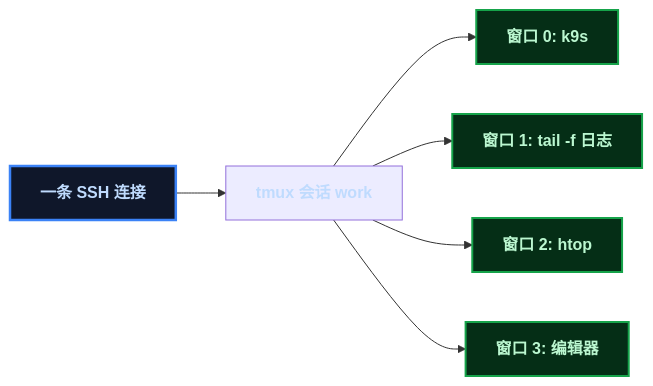
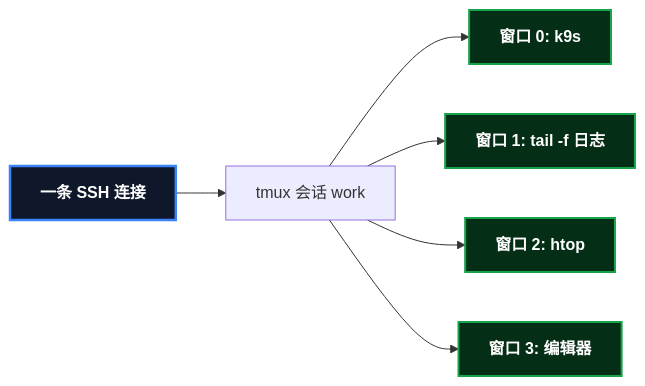
Before and after one commit to yaocat55/yaocat55.github.io: the second of 2 diagrams in content/posts/linux/TmuxTerminalMultiplexer.md, drawn with Mermaid. The commit also changed other lines of this file and 27 other files, not shown here.

Commit message:
docs: 全系列 93 张 Mermaid 图 classDef 改为 style 强制深底白字(修复部分渲染器白底浅字)+历史文件格式清理

````diff
--- a/content/posts/linux/TmuxTerminalMultiplexer.md
+++ b/content/posts/linux/TmuxTerminalMultiplexer.md
@@ -252,23 +252,22 @@
 ```mermaid
 %% 实战: 一个 SSH 连接内的多窗口布局
 flowchart LR
-    classDef root fill:#0f172a,stroke:#3b82f6,stroke-width:2.5px,color:#bfdbfe,font-weight:bold;
-    classDef data fill:#052e16,stroke:#16a34a,stroke-width:2px,color:#bbf7d0,font-weight:bold;
 
     SSH["一条 SSH 连接"]
     S["tmux 会话 work"]
     W0["窗口 0: k9s"]
     W1["窗口 1: tail -f 日志"]
     W2["窗口 2: htop"]
     W3["窗口 3: 编辑器"]
 
     SSH --> S
     S --> W0
     S --> W1
     S --> W2
     S --> W3
-
-    class SSH root;
-    class S process;
-    class W0,W1,W2,W3 data;
+    style SSH fill:#0f172a,stroke:#3b82f6,stroke-width:2.5px,color:#ffffff,font-weight:bold
+    style W0 fill:#052e16,stroke:#16a34a,stroke-width:2px,color:#ffffff,font-weight:bold
+    style W1 fill:#052e16,stroke:#16a34a,stroke-width:2px,color:#ffffff,font-weight:bold
+    style W2 fill:#052e16,stroke:#16a34a,stroke-width:2px,color:#ffffff,font-weight:bold
+    style W3 fill:#052e16,stroke:#16a34a,stroke-width:2px,color:#ffffff,font-weight:bold
 ```
````
